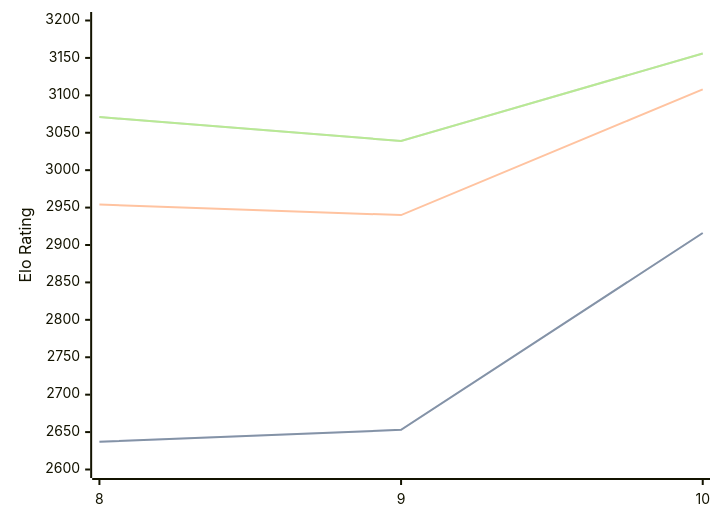
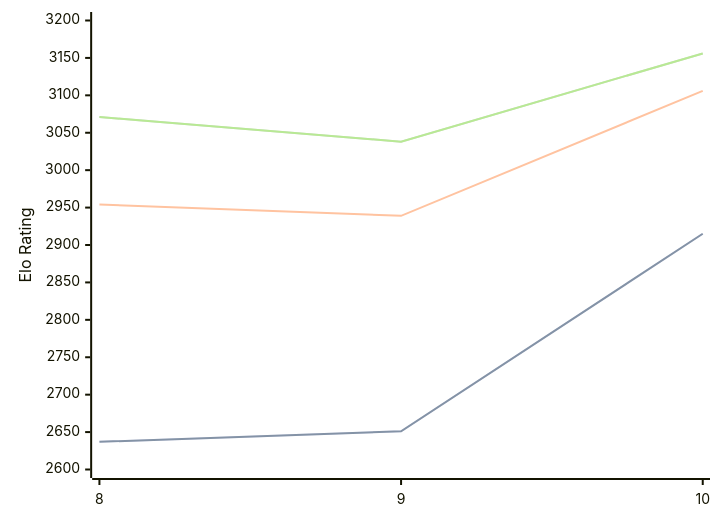
Before and after one commit to computer-chess-index/cci: the diagram in engines/Lozza.md, drawn with Mermaid. The commit also changed other lines of this file, not shown here.

Commit message:
Update CCI Ratings (ELO VLTC) - 2026-03-17

````diff
--- a/engines/Lozza.md
+++ b/engines/Lozza.md
@@ -39,11 +39,11 @@
 ```mermaid
 %%{init: {"theme":"base","themeVariables":{"seriesColors:['#a3a3a3','#222221','#faa371']}}}%%
 xychart-beta
   x-axis ["8", "9", "10"]
   y-axis "Elo Rating" 2600 --> 3200
-  line "STC (8.0+0.08s)" [2637, 2653, 2916]
-  line "STC (8.0+0.08s)" [2637, 2653, 2916]
-  line "LTC (60.0+0.60s)" [2954, 2940, 3108]
-  line "VLTC (2m24s+1.12s)" [3071, 3039, 3156]
-  line "VLTC (2m24s+1.12s)" [3071, 3039, 3156]
+  line "STC (8.0+0.08s)" [2637, 2651, 2915]
+  line "STC (8.0+0.08s)" [2637, 2651, 2915]
+  line "LTC (60.0+0.60s)" [2954, 2939, 3106]
+  line "VLTC (2m24s+1.12s)" [3071, 3038, 3156]
+  line "VLTC (2m24s+1.12s)" [3071, 3038, 3156]
 ```
````
